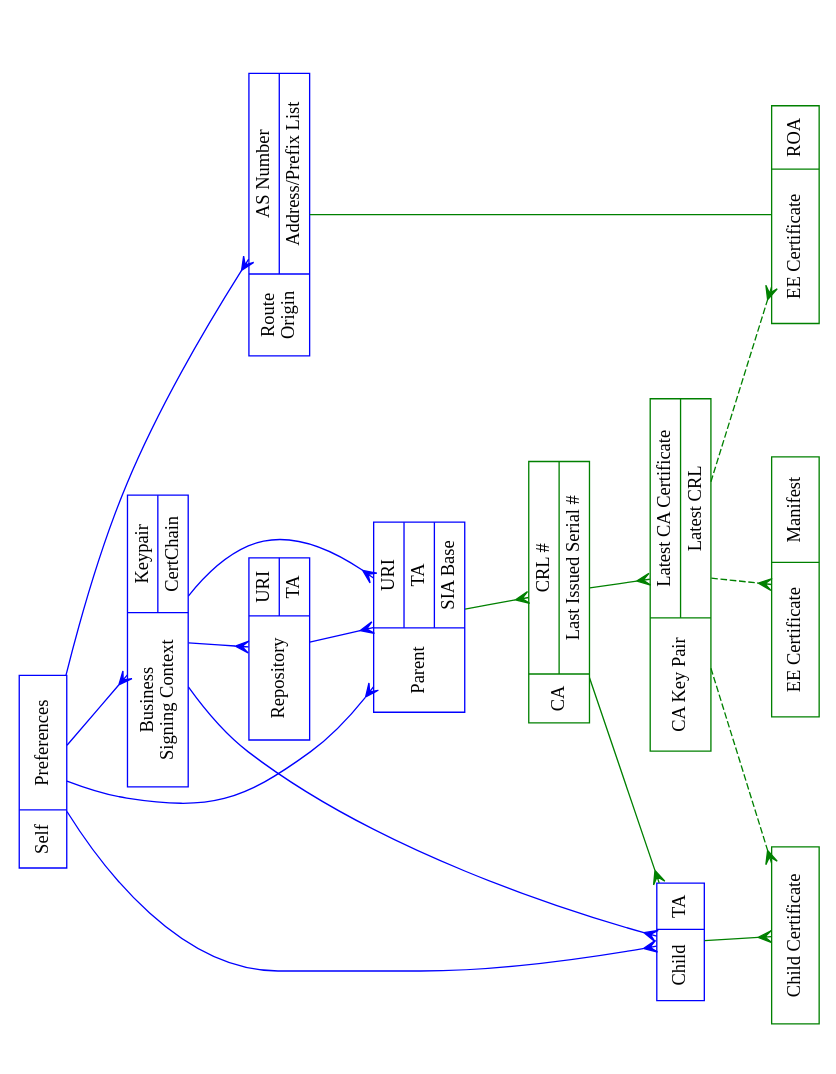
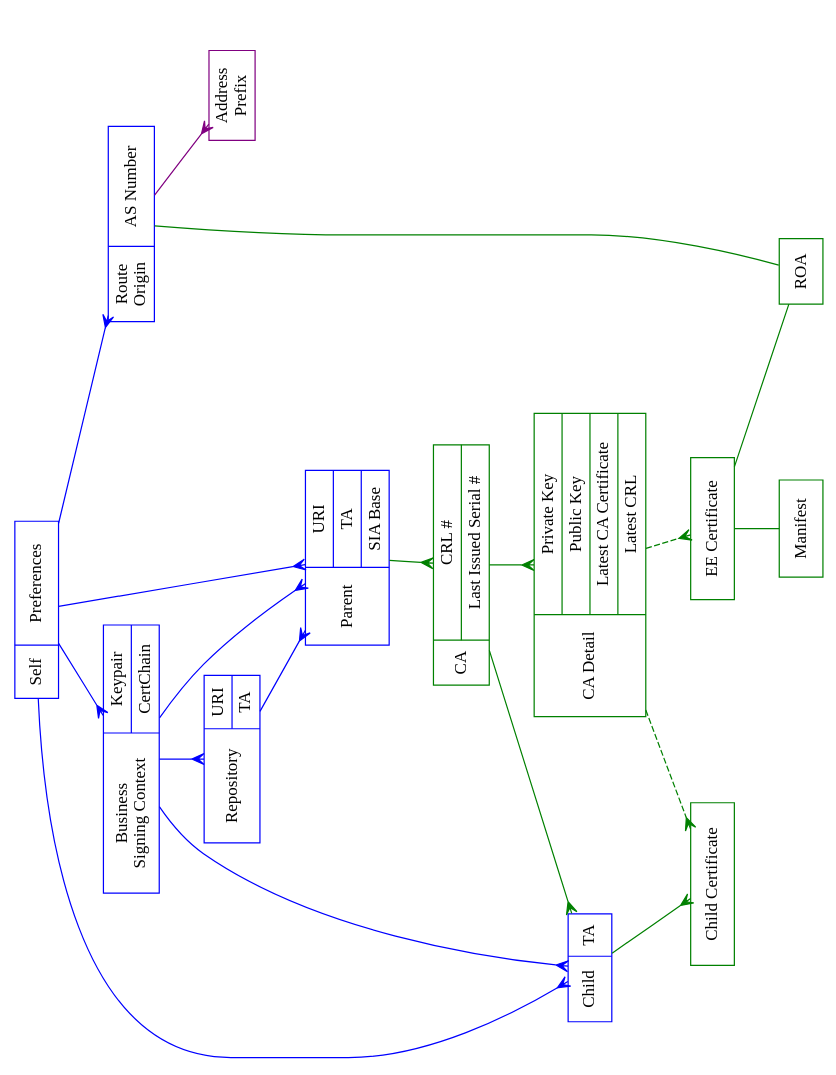
The diagram in docs/repository-engine-objects.dot (dragonresearch/rpki.net), drawn with Graphviz before and after one commit. The commit also changed 1 other file, not shown here.

```diff
--- a/docs/repository-engine-objects.dot
+++ b/docs/repository-engine-objects.dot
@@ -1,70 +1,75 @@
 // $URL$
 // $Id$
 //
 // {arrowhead,arrowtail} shapes indicate database object relationships:
 //   1-  none
 //   m-  crow
 //
 // Color code:
 //   Blue:  visible in left-right protocol
 //   Green: created on the fly
 
 digraph rpki_engine_objects {
 	rotate=90;	size="11,8.5";	splines=true;	ratio=fill;
 	node		[ shape=record ];
 
 	// Objects visible in left-to-right protocol
 	node		[ color=blue ];
 	self		[ label="Self|{Preferences}" ];
 	parent		[ label="Parent|{URI|TA|SIA Base}" ];
 	repo		[ label="Repository|{URI|TA}" ];
 	child		[ label="Child|{TA}" ];
 	biz_sign	[ label="Business\nSigning Context|{Keypair|CertChain}" ];
-	route_origin	[ label="Route\nOrigin|{AS Number|Address/Prefix List}" ];
+	route_origin	[ label="Route\nOrigin|{AS Number}" ];
+	addr_set	[ label="Address\nPrefix", color=purple ];
 
 	// Objects created on the fly by the RPKI engine
 	node		[ color=green ];
 	ca		[ label="CA|{CRL #|Last Issued Serial #}" ];
 	child_cert	[ label="Child Certificate" ];
-	roa_ee_cert	[ label="EE Certificate|{ROA}" ];
-	man_ee_cert	[ label="EE Certificate|{Manifest}" ];
-	ca_key_pair	[ label="CA Key Pair|{Latest CA Certificate|Latest CRL}" ];
+	ee_cert		[ label="EE Certificate" ];
+	roa		[ label="ROA" ];
+	manifest	[ label="Manifest" ];
+	ca_detail	[ label="CA Detail|{Private Key|Public Key|Latest CA Certificate|Latest CRL}" ];
 
 	// One-many mappings
 	edge [ color=blue, arrowtail=none, arrowhead=crow ];
 	self -> biz_sign;
 	biz_sign -> child;
 	biz_sign -> parent;
 	biz_sign -> repo;
 	self -> child;
 	self -> parent;
 	repo -> parent;
 	self -> route_origin;
 
+	route_origin -> addr_set [ color=purple, arrowtail=none, arrowhead=crow ];
+
 	// This is many-many because each child is an entity, each CA
 	// can have multiple children, and each child can hold certs
 	// from multiple CAs (thanks, RobL).
 	//
 	ca -> child	[ color=green, arrowtail=crow, arrowhead=crow ];
 
 	// One-many mappings
 	edge [ color=green, arrowtail=none, arrowhead=crow ];
-	ca -> ca_key_pair;
+	ca -> ca_detail;
 	child -> child_cert;
 	parent -> ca;
 
 	// Weird one-many
 	edge [ color=green, arrowtail=none, arrowhead=crow, style=dashed ];
-	ca_key_pair -> child_cert;
-	ca_key_pair -> roa_ee_cert;
-	ca_key_pair -> man_ee_cert;
+	ca_detail -> child_cert;
+	ca_detail -> ee_cert;
 
 	// One-one mapping -- separate object to highlight dynamic nature
 	edge [ color=green, arrowtail=none, arrowhead=none, style=solid ];
-	route_origin -> roa_ee_cert;
+	ee_cert -> roa;
+	ee_cert -> manifest;
+	route_origin -> roa;
 
 }
 
 // Local Variables:
 // compile-command: "dot -Tps2 repository-engine-objects.dot | ps2pdf - repository-engine-objects.pdf"
 // End:
```
